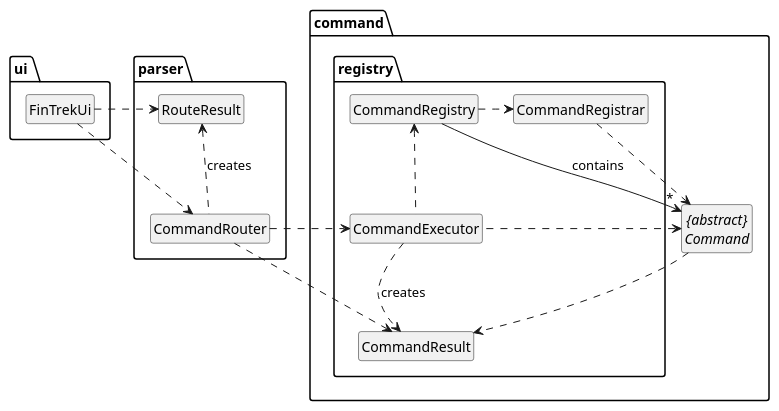
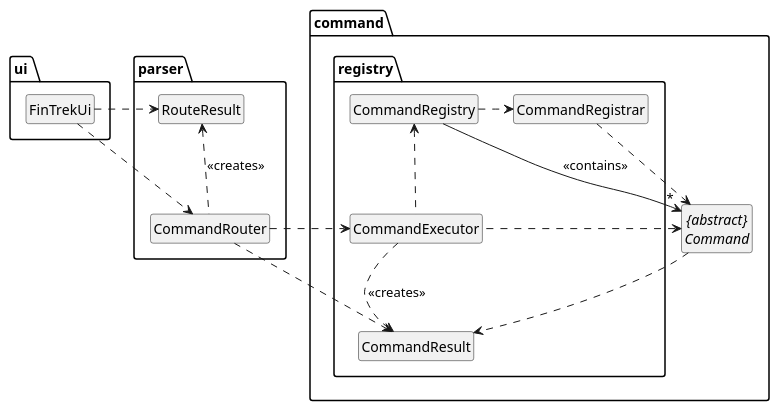
Before and after one commit to randust/tp: the diagram in docs/diagrams/class/ui_parser_cmd.puml, drawn with PlantUML. The commit also changed 4 other files, not shown here.

```diff
--- a/docs/diagrams/class/ui_parser_cmd.puml
+++ b/docs/diagrams/class/ui_parser_cmd.puml
@@ -1,75 +1,75 @@
 @startuml
 
 ' Hide members (attributes/methods) for a higher-level view
 hide circle
 hide members
 skinparam classAttributeIconSize 0
 
 ' --- Diagram Definition ---
 package "ui "{
     class "FinTrekUi" as UI {
     + FinTrekUi()
     + start(): void
     + close(): void
     - loadInitialData(): void
     - processRecurringExpenses(): void
     - runCommandLoop(): void
     - processUserInput(userInput: String)
     }
 }
 
 package "parser" {
     class "RouteResult" as RR {
 
     + RouteResult(success: Boolean, message: String)
     + isSuccess(): Boolean
     + errorMessage(): String
     + outputMessage(): String
     }
 
     class "CommandRouter" as CRouter {
     + routeUserInput(userInput: String): RouteResult
     }
 }
 
 package "command.registry" {
     class "CommandExecutor" as Executor {
     + dispatch(commandName: String, \n arguments: String): CommandResult
     }
 
     class "CommandResult" as CResult
 
     class "CommandRegistry" as Registry {
     - commands: Map<String, Command>
     + getCommand(name: String): Command
     + hasCommand(name: String): Boolean
     + getAllCommandDescriptions(): String
     }
 
     class "CommandRegistrar" as Registrar {
     + registerAll(): Map<String, Command>
     }
 }
 
 package "command" {
     abstract class "{abstract}\nCommand" as CMD
 }
 
 ' --- Relationships ---
 UI ..r> RR
 UI ..> CRouter
-CRouter ..u> RR : creates
+CRouter ..u> RR : <<creates>>
 
 CRouter ..r> Executor
 CRouter ..> CResult
 
 Executor ..u> Registry
 Registry ..r> Registrar
-Executor ..> CResult : creates
+Executor ..> CResult : <<creates>>
 
 Executor ..u> CMD
-Registry --> "*" CMD : contains
+Registry --> "*" CMD : <<contains>>
 Registrar ..> CMD
 CMD ..> CResult
 
 @enduml
```
